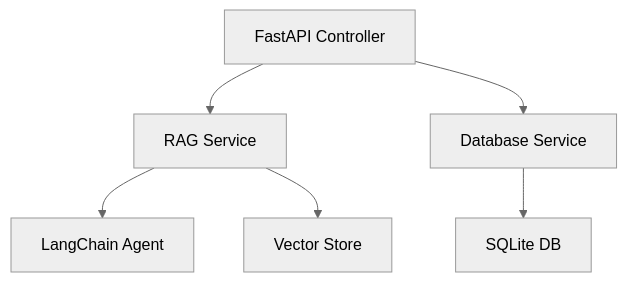
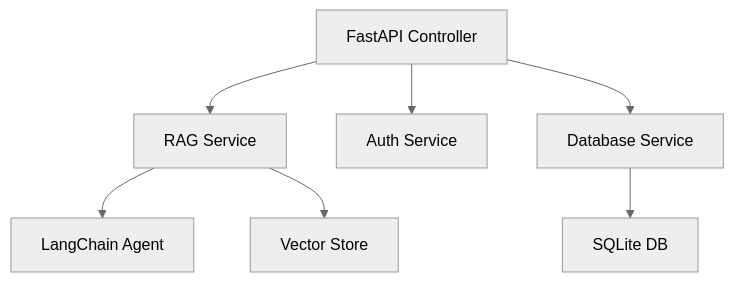
The second of 3 diagrams in .trae/documents/technical-architecture.md (harshcoder-harsh/IntelliRAG), drawn with Mermaid (neutral theme) before and after one commit. The commit also changed other lines of this file and 6 other files, not shown here.

````diff
--- a/.trae/documents/technical-architecture.md
+++ b/.trae/documents/technical-architecture.md
@@ -46,8 +51,9 @@
 ```mermaid
 graph TD
     A["FastAPI Controller"] --> B["RAG Service"]
-    B --> C["LangChain Agent"]
-    B --> D["Vector Store"]
-    A --> E["Database Service"]
-    E --> F["SQLite DB"]
+    A --> C["Auth Service"]
+    B --> D["LangChain Agent"]
+    B --> E["Vector Store"]
+    A --> F["Database Service"]
+    F --> G["SQLite DB"]
 ```
````
